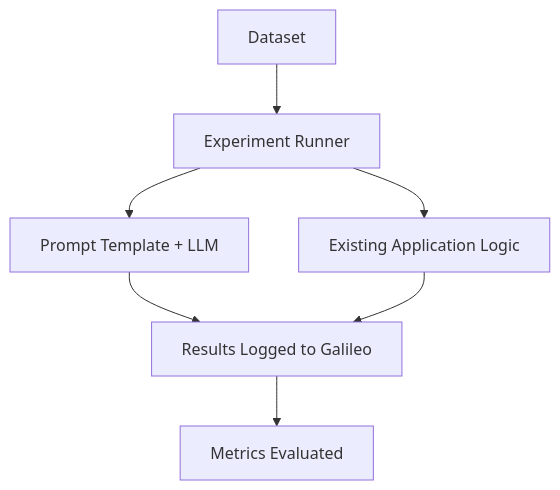
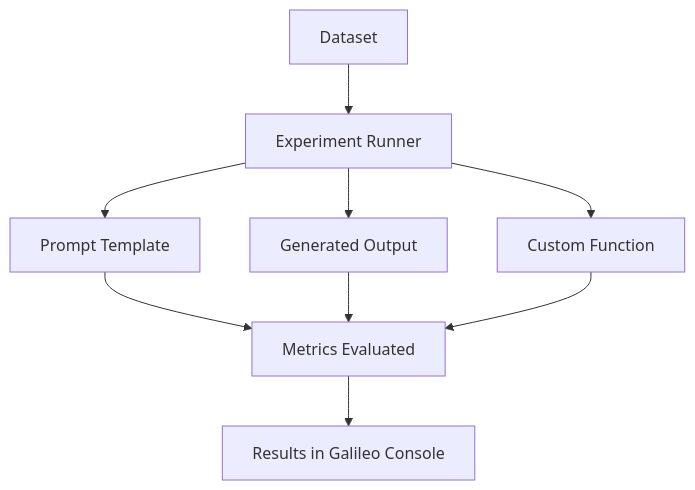
Before and after one commit to rungalileo/docs-official: the diagram in sdk-api/experiments/running-experiments.mdx, drawn with Mermaid. The commit also changed other lines of this file and 4 other files, not shown here.

Commit message:
docs: add generated output flow as primary experiment approach (#594)

````diff
--- a/sdk-api/experiments/running-experiments.mdx
+++ b/sdk-api/experiments/running-experiments.mdx
@@ -65,9 +66,11 @@
 ```mermaid
 flowchart TD
     A[Dataset] --> B[Experiment Runner]
-    B --> C[Prompt Template + LLM]
-    B --> D[Existing Application Logic]
-    C --> E[Results Logged to Galileo]
-    D --> E[Results Logged to Galileo]
-    E --> F[Metrics Evaluated]
+    B --> C[Prompt Template]
+    B --> D[Generated Output]
+    B --> E[Custom Function]
+    C --> F[Metrics Evaluated]
+    D --> F
+    E --> F
+    F --> G[Results in Galileo Console]
 ```
````
